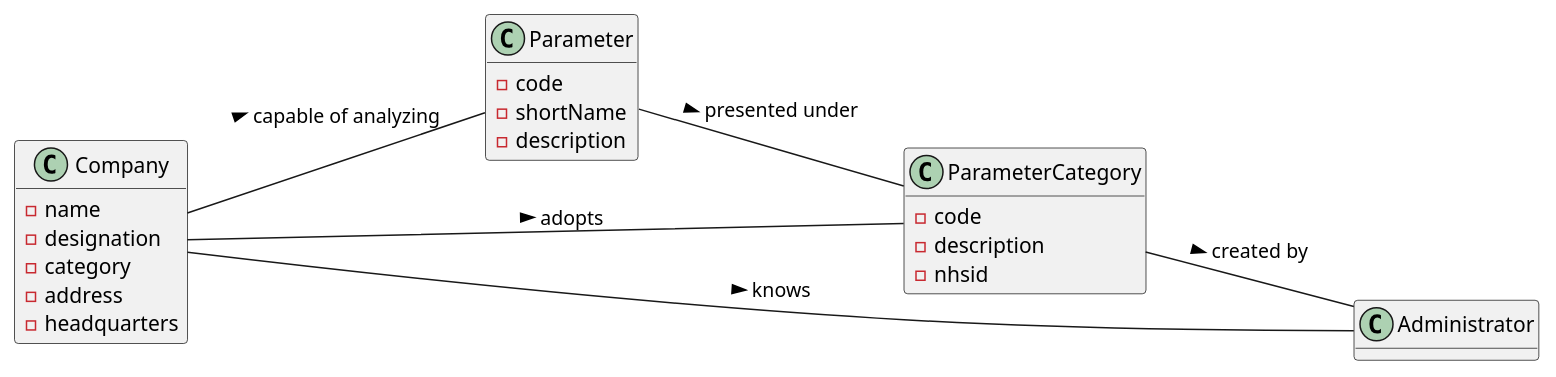
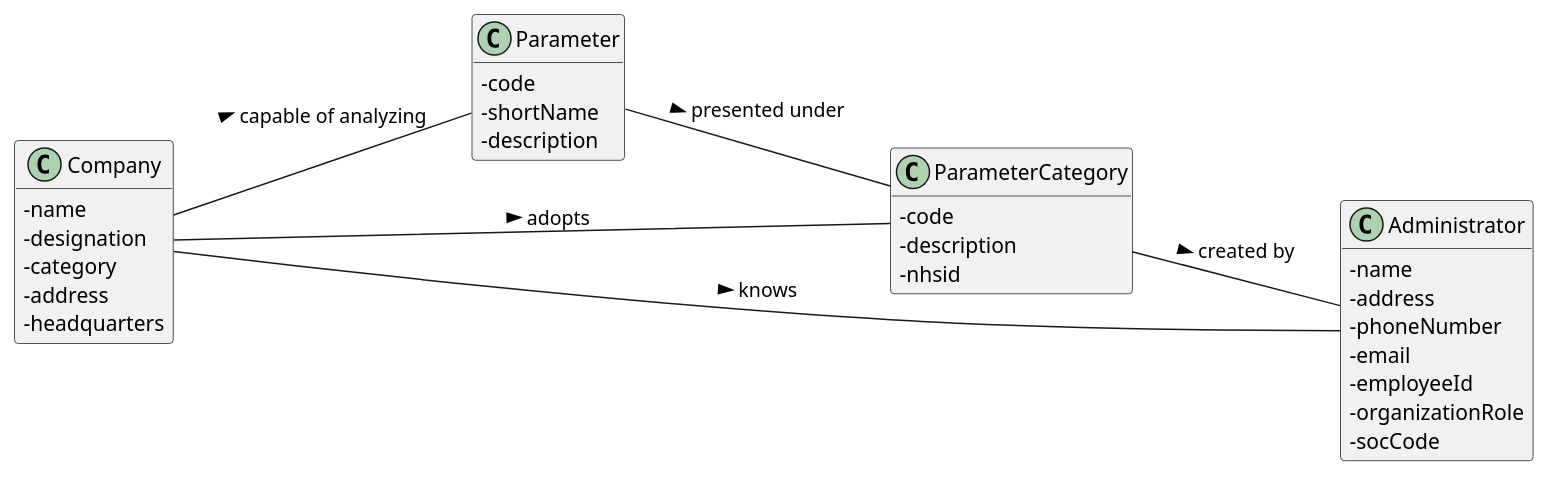
The diagram in docs/SprintB/US10/US10_DM.puml (manu-07-ela/LAPR2_ISEP), drawn with PlantUML before and after one commit. The commit also changed 2 other files, not shown here.

```diff
--- a/docs/SprintB/US10/US10_DM.puml
+++ b/docs/SprintB/US10/US10_DM.puml
@@ -1,40 +1,51 @@
 @startuml
 'https://plantuml.com/class-diagram
 hide methods
 left to right direction
+skinparam classAttributeIconSize 0
 
 class Company
 class Parameter
 class ParameterCategory
 class Administrator
 
 Company -- Parameter : capable of analyzing >
 Company -- ParameterCategory : adopts >
 Company -- Administrator : knows >
 
 Parameter -- ParameterCategory : presented under >
 
 ParameterCategory -- Administrator : created by >
 
 
 class Company{
 -name
 -designation
 -category
 -address
 -headquarters
 }
 
 class Parameter{
 -code
 -shortName
 -description
 }
 
 class ParameterCategory{
 -code
 -description
 -nhsid
 }
 
+class Administrator {
+-name
+-address
+-phoneNumber
+-email
+-employeeId
+-organizationRole
+-socCode
+}
+
 @enduml
```
